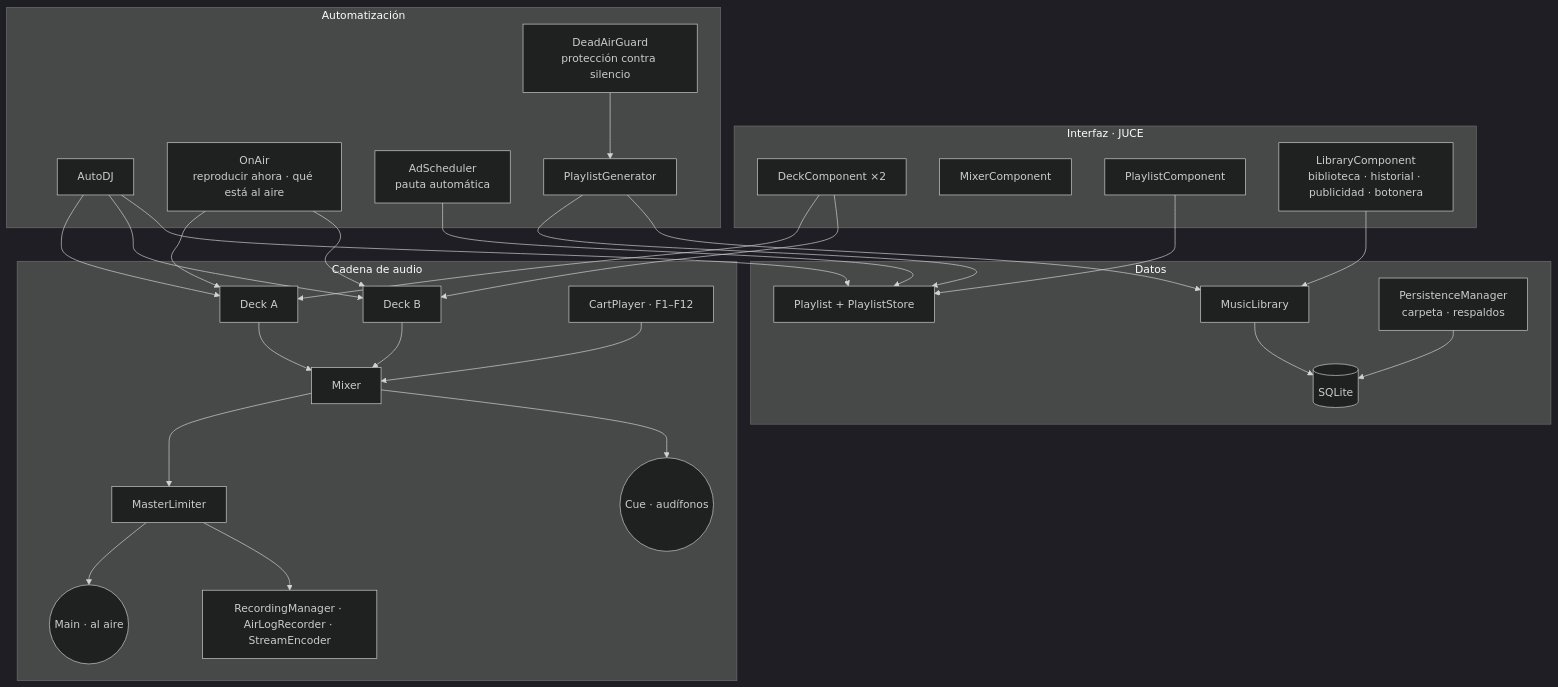
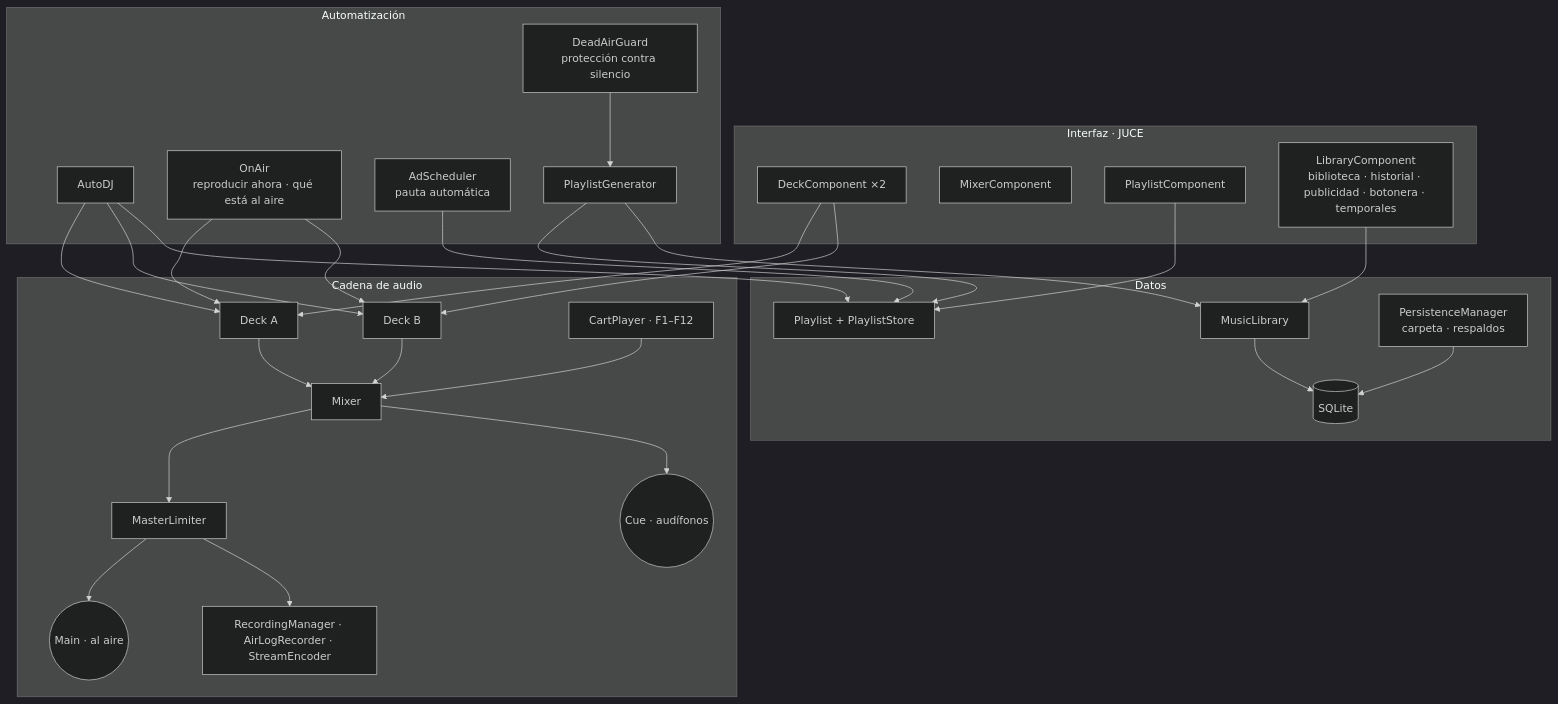
Before and after one commit to juanitomanoplateada/raaadio: the diagram in README.md, drawn with Mermaid (dark theme). The commit also changed other lines of this file and 47 other files, not shown here.

````diff
--- a/README.md
+++ b/README.md
@@ -538,48 +579,48 @@
 ```mermaid
 flowchart TD
     subgraph UI["Interfaz · JUCE"]
         DK["DeckComponent ×2"]
         MX[MixerComponent]
         PL[PlaylistComponent]
-        LB["LibraryComponent<br/>biblioteca · historial · publicidad · botonera"]
+        LB["LibraryComponent<br/>biblioteca · historial · publicidad · botonera · temporales"]
     end
 
     subgraph AUTO["Automatización"]
         DJ[AutoDJ]
         OA["OnAir<br/>reproducir ahora · qué está al aire"]
         SCH["AdScheduler<br/>pauta automática"]
         DAG["DeadAirGuard<br/>protección contra silencio"]
         GEN[PlaylistGenerator]
     end
 
     subgraph AUDIO["Cadena de audio"]
         D1["Deck A"] --> MIX[Mixer]
         D2["Deck B"] --> MIX
         CART["CartPlayer · F1–F12"] --> MIX
         MIX --> LIM[MasterLimiter]
         LIM --> MAIN(("Main · al aire"))
         MIX --> CUE(("Cue · audífonos"))
         LIM --> TAPS["RecordingManager · AirLogRecorder · StreamEncoder"]
     end
 
     subgraph DATA["Datos"]
         ML[MusicLibrary] --> DB[(SQLite)]
         Q["Playlist + PlaylistStore"]
         PM["PersistenceManager<br/>carpeta · respaldos"]
     end
 
     DK --> D1
     DK --> D2
     PL --> Q
     LB --> ML
     DJ --> D1
     DJ --> D2
     DJ --> Q
     OA --> D1
     OA --> D2
     SCH --> Q
     DAG --> GEN
     GEN --> Q
     GEN --> ML
     PM --> DB
 ```
````
